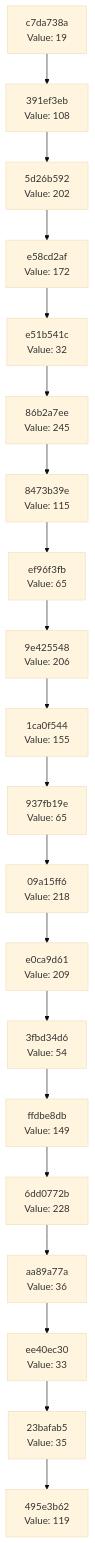
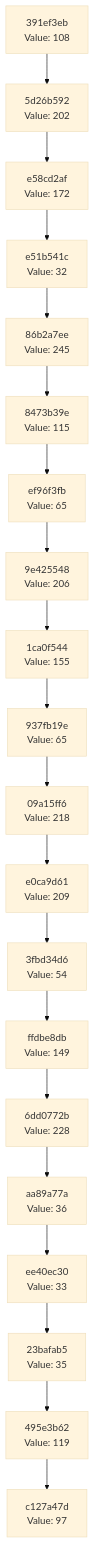
The diagram in docs/CHAIN_VISUALIZATION.md (Abhisheksinha1506/hash-chain-evolver), drawn with Mermaid (base theme) before and after one commit. The commit also changed 2 other files, not shown here.

Commit message:
Evolution Step

````diff
--- a/docs/CHAIN_VISUALIZATION.md
+++ b/docs/CHAIN_VISUALIZATION.md
@@ -3,42 +3,42 @@
 ```mermaid
 graph TD
-    C0["495e3b62<br/>Value: 119"]
-    C1["23bafab5<br/>Value: 35"]
+    C0["c127a47d<br/>Value: 97"]
+    C1["495e3b62<br/>Value: 119"]
     C1 --> C0
-    C2["ee40ec30<br/>Value: 33"]
+    C2["23bafab5<br/>Value: 35"]
     C2 --> C1
-    C3["aa89a77a<br/>Value: 36"]
+    C3["ee40ec30<br/>Value: 33"]
     C3 --> C2
-    C4["6dd0772b<br/>Value: 228"]
+    C4["aa89a77a<br/>Value: 36"]
     C4 --> C3
-    C5["ffdbe8db<br/>Value: 149"]
+    C5["6dd0772b<br/>Value: 228"]
     C5 --> C4
-    C6["3fbd34d6<br/>Value: 54"]
+    C6["ffdbe8db<br/>Value: 149"]
     C6 --> C5
-    C7["e0ca9d61<br/>Value: 209"]
+    C7["3fbd34d6<br/>Value: 54"]
     C7 --> C6
-    C8["09a15ff6<br/>Value: 218"]
+    C8["e0ca9d61<br/>Value: 209"]
     C8 --> C7
-    C9["937fb19e<br/>Value: 65"]
+    C9["09a15ff6<br/>Value: 218"]
     C9 --> C8
-    C10["1ca0f544<br/>Value: 155"]
+    C10["937fb19e<br/>Value: 65"]
     C10 --> C9
-    C11["9e425548<br/>Value: 206"]
+    C11["1ca0f544<br/>Value: 155"]
     C11 --> C10
-    C12["ef96f3fb<br/>Value: 65"]
+    C12["9e425548<br/>Value: 206"]
     C12 --> C11
-    C13["8473b39e<br/>Value: 115"]
+    C13["ef96f3fb<br/>Value: 65"]
     C13 --> C12
-    C14["86b2a7ee<br/>Value: 245"]
+    C14["8473b39e<br/>Value: 115"]
     C14 --> C13
-    C15["e51b541c<br/>Value: 32"]
+    C15["86b2a7ee<br/>Value: 245"]
     C15 --> C14
-    C16["e58cd2af<br/>Value: 172"]
+    C16["e51b541c<br/>Value: 32"]
     C16 --> C15
-    C17["5d26b592<br/>Value: 202"]
+    C17["e58cd2af<br/>Value: 172"]
     C17 --> C16
-    C18["391ef3eb<br/>Value: 108"]
+    C18["5d26b592<br/>Value: 202"]
     C18 --> C17
-    C19["c7da738a<br/>Value: 19"]
+    C19["391ef3eb<br/>Value: 108"]
     C19 --> C18
 ```
````
